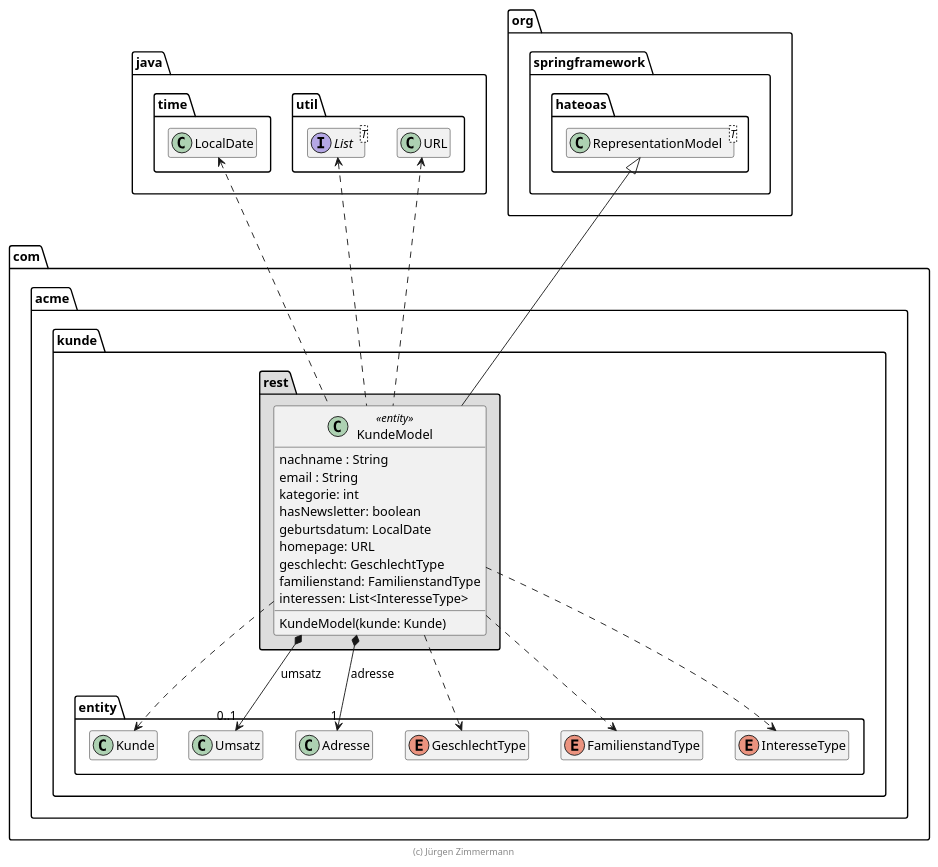
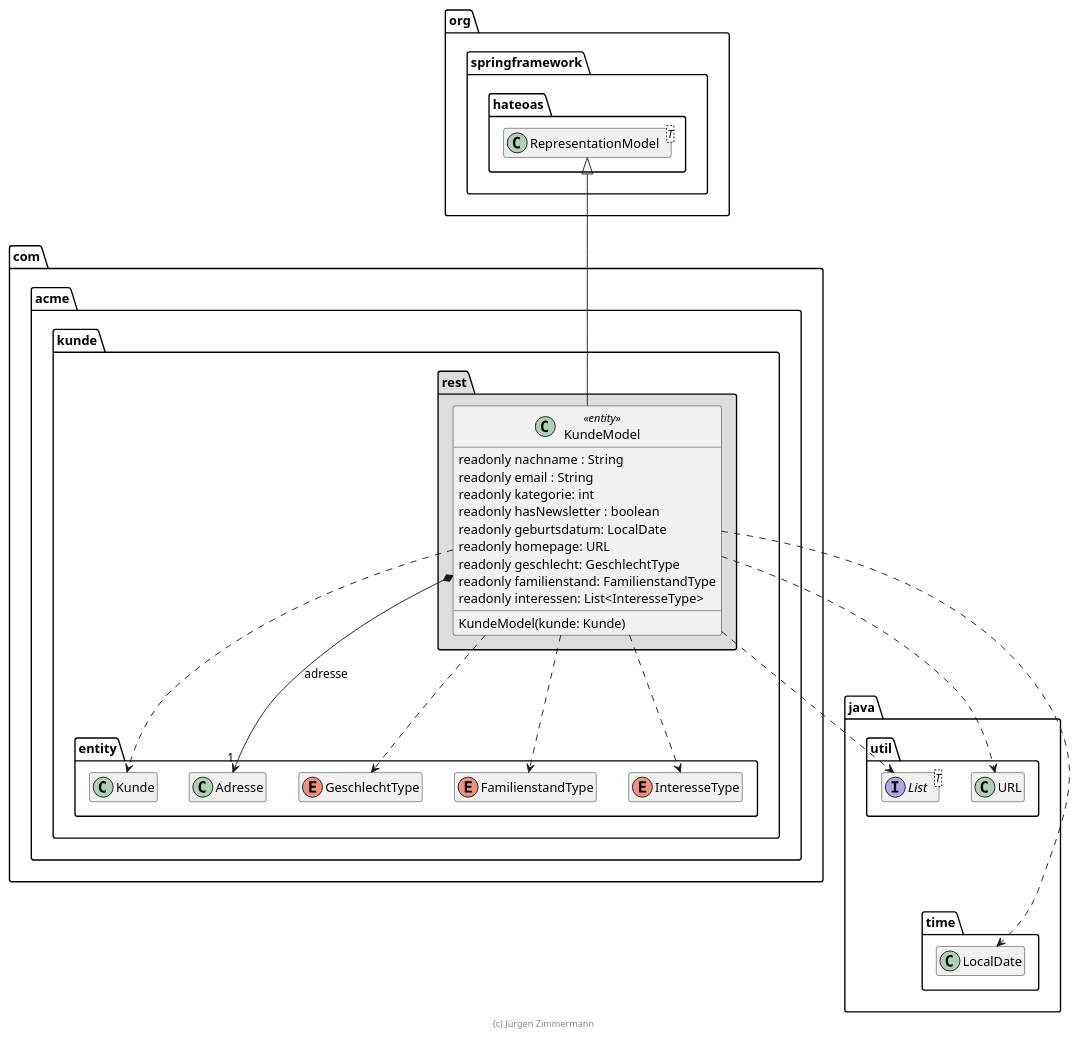
The diagram in SWA/kunde-v1/kunde/extras/doc/KundeModel.plantuml (AntoninFa/Practise), drawn with PlantUML before and after one commit. The commit also changed 83 other files, not shown here.

```diff
--- a/SWA/kunde-v1/kunde/extras/doc/KundeModel.plantuml
+++ b/SWA/kunde-v1/kunde/extras/doc/KundeModel.plantuml
@@ -15,69 +15,66 @@
-@startuml Kunde
+@startuml KundeModel
 
 skinparam classAttributeIconSize 0
 ' skinparam monochrome true
 
 package java {
     package util {
         interface List<T>
         class URL
     }
 
     package time {
         class LocalDate
+    }
 
-        LocalDate .right[hidden].> List
-    }
+    URL .[hidden].> LocalDate
 }
 
 package org.springframework.hateoas {
     class RepresentationModel<T>
-
-    URL .right[hidden].> RepresentationModel
 }
 
 package com.acme.kunde {
     package entity {
         class Kunde
-        class Umsatz
         class Adresse
+
         enum GeschlechtType
         enum FamilienstandType
         enum InteresseType
     }
 
     package rest #DDDDDD {
         class KundeModel << entity >> {
-            nachname : String
-            email : String
-            kategorie: int
-            hasNewsletter: boolean
-            geburtsdatum: LocalDate
-            homepage: URL
-            geschlecht: GeschlechtType
-            familienstand: FamilienstandType
-            interessen: List<InteresseType>
+            readonly nachname : String
+            readonly email : String
+            readonly kategorie: int
+            readonly hasNewsletter : boolean
+            readonly geburtsdatum: LocalDate
+            readonly homepage: URL
+            readonly geschlecht: GeschlechtType
+            readonly familienstand: FamilienstandType
+            readonly interessen: List<InteresseType>
 
             KundeModel(kunde: Kunde)
         }
 
-        KundeModel *--> "0..1" Umsatz : umsatz
         KundeModel *--> "1" Adresse : adresse
         KundeModel ..> GeschlechtType
         KundeModel ..> FamilienstandType
         KundeModel ..> InteresseType
+
         KundeModel -up-|> RepresentationModel
 
         KundeModel ..> Kunde
-
-        KundeModel .up.> URL
-        KundeModel .up.> LocalDate
-        KundeModel .up.> List
+        KundeModel .right.> LocalDate
+        KundeModel ..> URL
+        KundeModel .right.> List
     }
 }
 
 hide empty members
 
 footer (c) Jürgen Zimmermann
 
 @enduml
```
